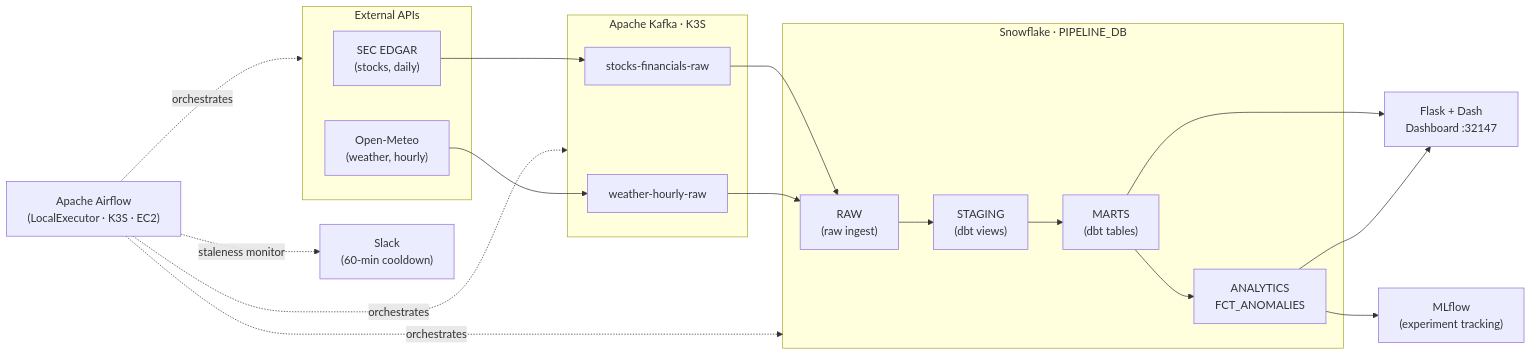
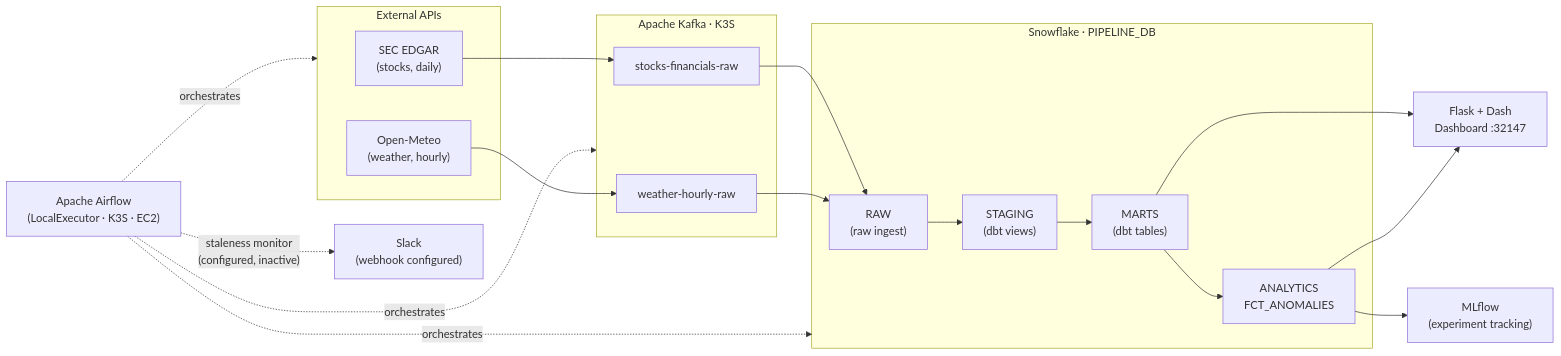
The diagram in README.md (DavidASchonfeld/data_pipeline), drawn with Mermaid before and after one commit. The commit also changed other lines of this file, not shown here.

````diff
--- a/README.md
+++ b/README.md
@@ -101,30 +98,30 @@
 ```mermaid
 flowchart LR
     subgraph APIs["External APIs"]
         SEC["SEC EDGAR\n(stocks, daily)"]
         OMeteo["Open-Meteo\n(weather, hourly)"]
     end
 
     subgraph KF["Apache Kafka · K3S"]
         K1["stocks-financials-raw"]
         K2["weather-hourly-raw"]
     end
 
     subgraph SF["Snowflake · PIPELINE_DB"]
         RAW["RAW\n(raw ingest)"]
         STAG["STAGING\n(dbt views)"]
         MARTS["MARTS\n(dbt tables)"]
         ANALYTICS["ANALYTICS\nFCT_ANOMALIES"]
         RAW --> STAG --> MARTS --> ANALYTICS
     end
 
     SEC --> K1
     OMeteo --> K2
     K1 & K2 --> RAW
     MARTS & ANALYTICS --> DSH["Flask + Dash\nDashboard :32147"]
     ANALYTICS --> MLF["MLflow\n(experiment tracking)"]
     Airflow["Apache Airflow\n(LocalExecutor · K3S · EC2)"] -.->|orchestrates| APIs
     Airflow -.->|orchestrates| KF
     Airflow -.->|orchestrates| SF
-    Airflow -.->|staleness monitor| Slack["Slack\n(60-min cooldown)"]
+    Airflow -.->|"staleness monitor\n(configured, inactive)"| Slack["Slack\n(webhook configured)"]
 ```
````
